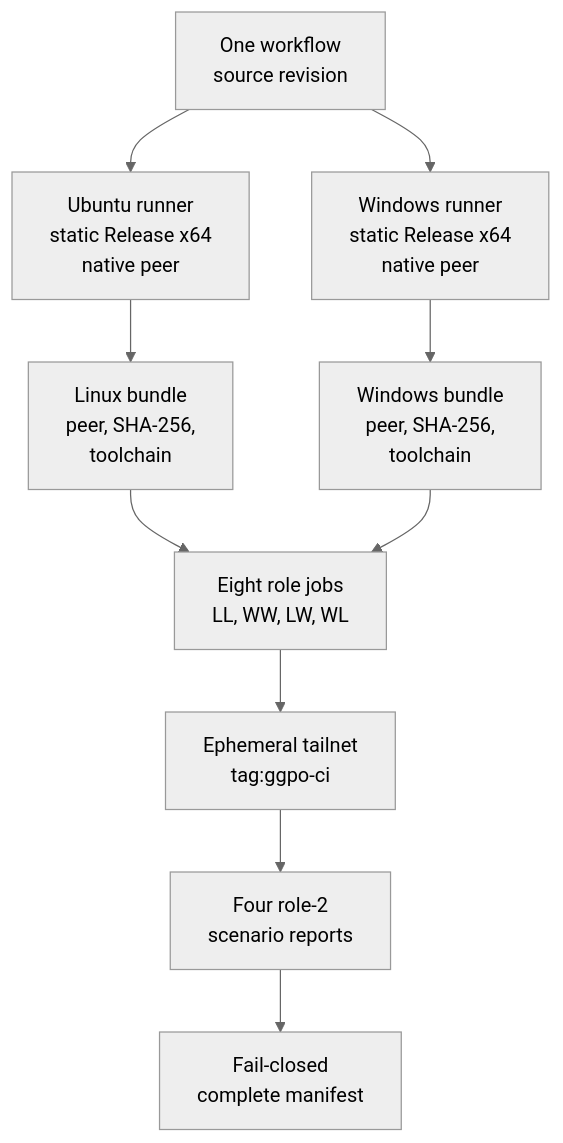
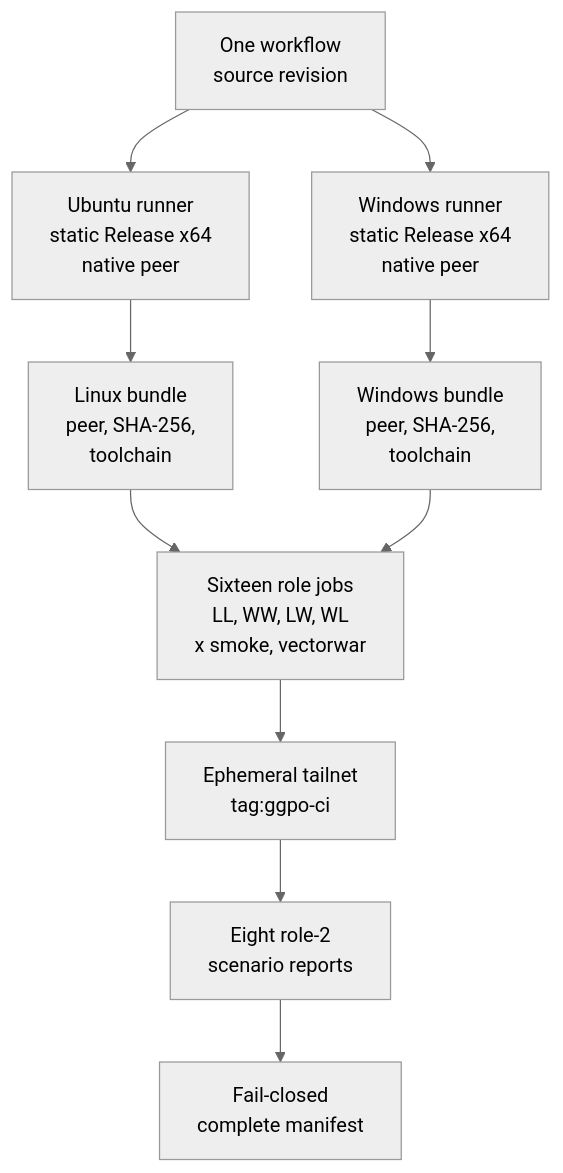
The first of 4 diagrams in doc/architecture/CrossPlatformTesting.md (irregularthanis/ggpo-next), drawn with Mermaid (neutral theme) before and after one commit. The commit also changed other lines of this file and 1 other file, not shown here.

````diff
--- a/doc/architecture/CrossPlatformTesting.md
+++ b/doc/architecture/CrossPlatformTesting.md
@@ -83,16 +89,16 @@
 ```mermaid
 flowchart TD
     Source["One workflow<br/>source revision"]
     LinuxBuild["Ubuntu runner<br/>static Release x64<br/>native peer"]
     WindowsBuild["Windows runner<br/>static Release x64<br/>native peer"]
     LinuxArtifact["Linux bundle<br/>peer, SHA-256,<br/>toolchain"]
     WindowsArtifact["Windows bundle<br/>peer, SHA-256,<br/>toolchain"]
-    Matrix["Eight role jobs<br/>LL, WW, LW, WL"]
+    Matrix["Sixteen role jobs<br/>LL, WW, LW, WL<br/>x smoke, vectorwar"]
     Tailnet["Ephemeral tailnet<br/>tag:ggpo-ci"]
-    Reports["Four role-2<br/>scenario reports"]
+    Reports["Eight role-2<br/>scenario reports"]
     Manifest["Fail-closed<br/>complete manifest"]
 
     Source --> LinuxBuild --> LinuxArtifact --> Matrix
     Source --> WindowsBuild --> WindowsArtifact --> Matrix
     Matrix --> Tailnet --> Reports --> Manifest
 ```
````
